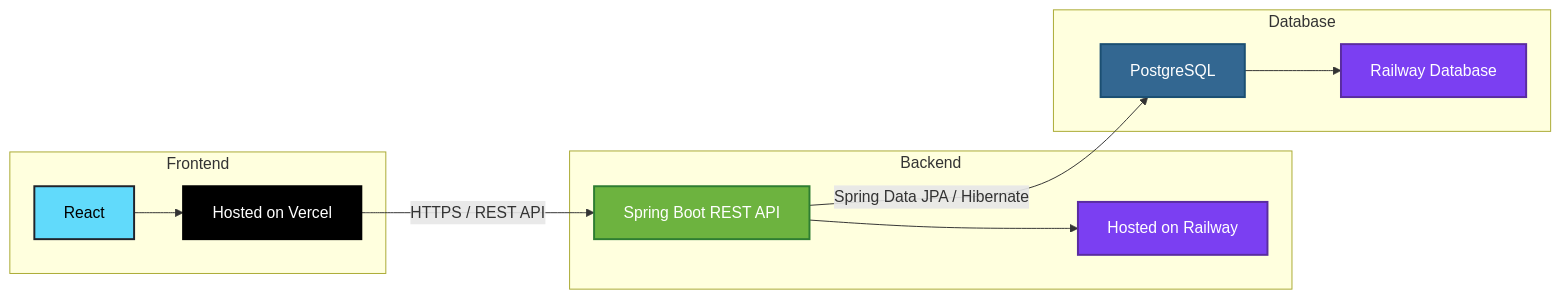
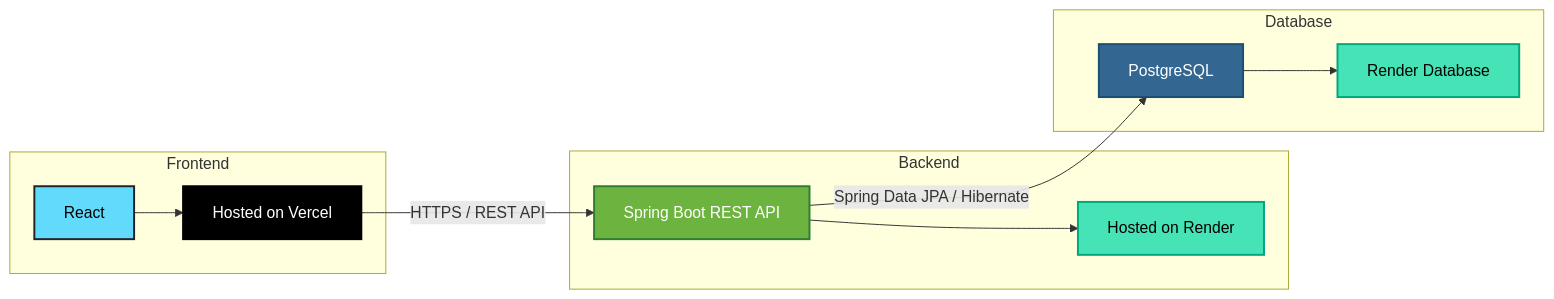
Before and after one commit to SaiGargey/url-shortener: the diagram in README.md, drawn with Mermaid. The commit also changed other lines of this file, not shown here.

Commit message:
Updated ReadMe.md file

````diff
--- a/README.md
+++ b/README.md
@@ -41,31 +41,31 @@
 ```mermaid
 flowchart LR
 
     subgraph Frontend
         A["React"]
         A1["Hosted on Vercel"]
         A --> A1
     end
 
     subgraph Backend
         B["Spring Boot REST API"]
-        B1["Hosted on Railway"]
+        B1["Hosted on Render"]
         B --> B1
     end
 
     subgraph Database
         C["PostgreSQL"]
-        C1["Railway Database"]
+        C1["Render Database"]
         C --> C1
     end
 
     A1 -->|"HTTPS / REST API"| B
     B -->|"Spring Data JPA / Hibernate"| C
 
     style A fill:#61DAFB,stroke:#20232A,stroke-width:2px,color:#000
     style A1 fill:#000000,stroke:#000000,stroke-width:2px,color:#FFFFFF
     style B fill:#6DB33F,stroke:#2E7D32,stroke-width:2px,color:#FFFFFF
-    style B1 fill:#7B3FF2,stroke:#5A2CA0,stroke-width:2px,color:#FFFFFF
+    style B1 fill:#46E3B7,stroke:#00A67E,stroke-width:2px,color:#000000
     style C fill:#336791,stroke:#1B4F72,stroke-width:2px,color:#FFFFFF
-    style C1 fill:#7B3FF2,stroke:#5A2CA0,stroke-width:2px,color:#FFFFFF
+    style C1 fill:#46E3B7,stroke:#00A67E,stroke-width:2px,color:#000000
 ```
````
